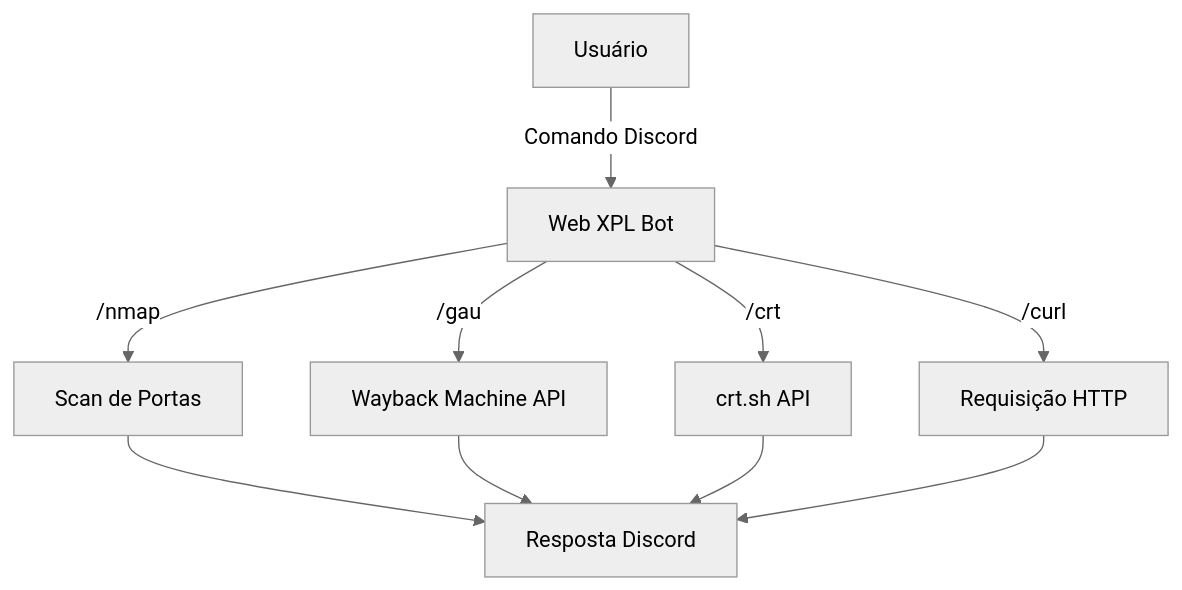
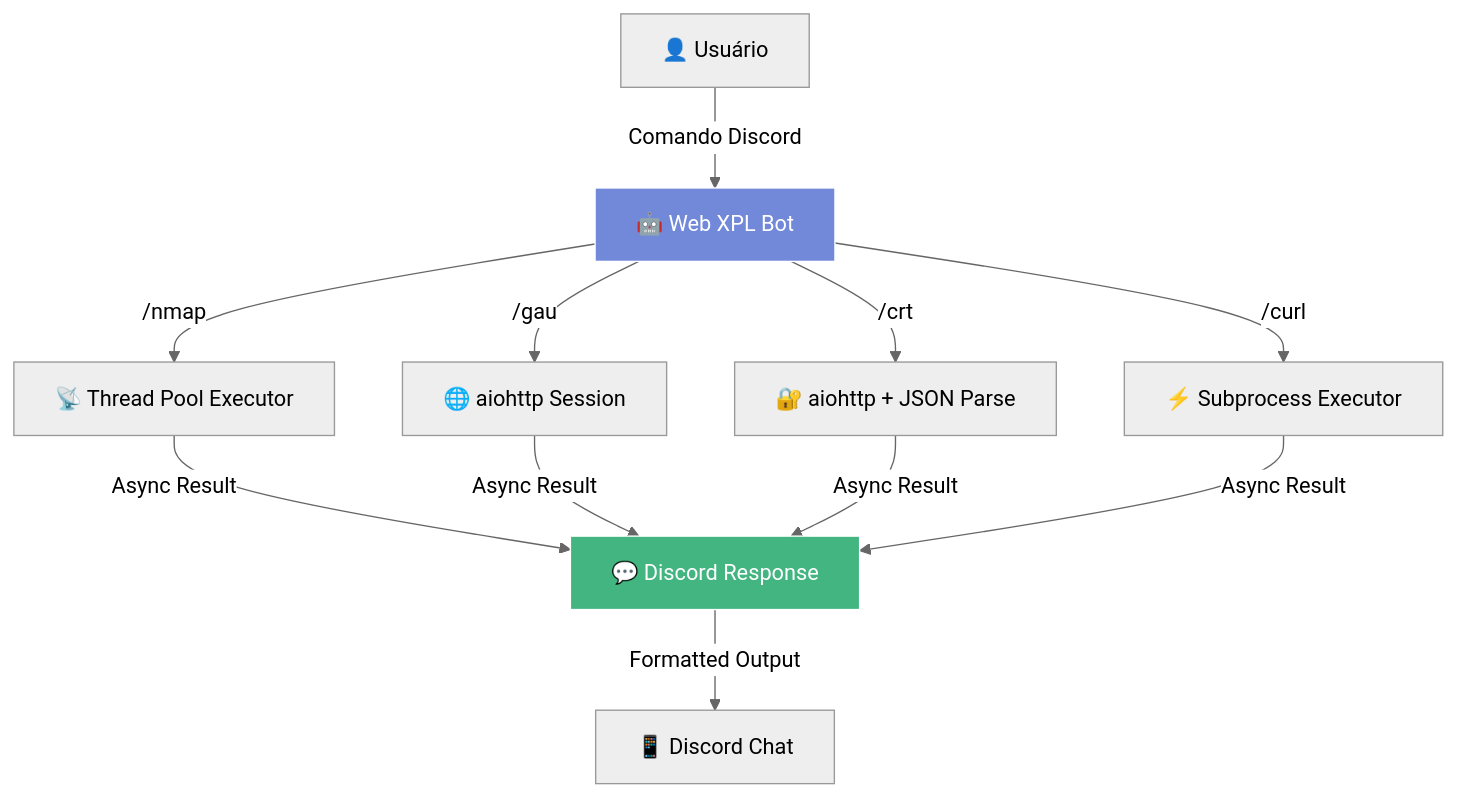
One commit to mathvillao/web-xpl-bot changed the diagram in README.md. Above: the diagram before and after it, drawn with Mermaid (neutral theme). The commit also changed other lines of this file and 1 other file, not shown here.

Commit message:
feat: adiciona Web XPL Bot completo e atualizado

````diff
--- a/README.md
+++ b/README.md
@@ -141,12 +211,19 @@
 ```mermaid
 graph TD
-    A[Usuário] -->|Comando Discord| B[Web XPL Bot]
-    B -->|/nmap| C[Scan de Portas]
-    B -->|/gau| D[Wayback Machine API]
-    B -->|/crt| E[crt.sh API]
-    B -->|/curl| F[Requisição HTTP]
-    C --> G[Resposta Discord]
-    D --> G
-    E --> G
-    F --> G
+    A[👤 Usuário] -->|Comando Discord| B[🤖 Web XPL Bot]
+    
+    B -->|/nmap| C[📡 Thread Pool Executor]
+    B -->|/gau| D[🌐 aiohttp Session]
+    B -->|/crt| E[🔐 aiohttp + JSON Parse]
+    B -->|/curl| F[⚡ Subprocess Executor]
+    
+    C -->|Async Result| G[💬 Discord Response]
+    D -->|Async Result| G
+    E -->|Async Result| G
+    F -->|Async Result| G
+    
+    G -->|Formatted Output| H[📱 Discord Chat]
+    
+    style B fill:#7289da,stroke:#fff,color:#fff
+    style G fill:#43b581,stroke:#fff,color:#fff
 ```
````
